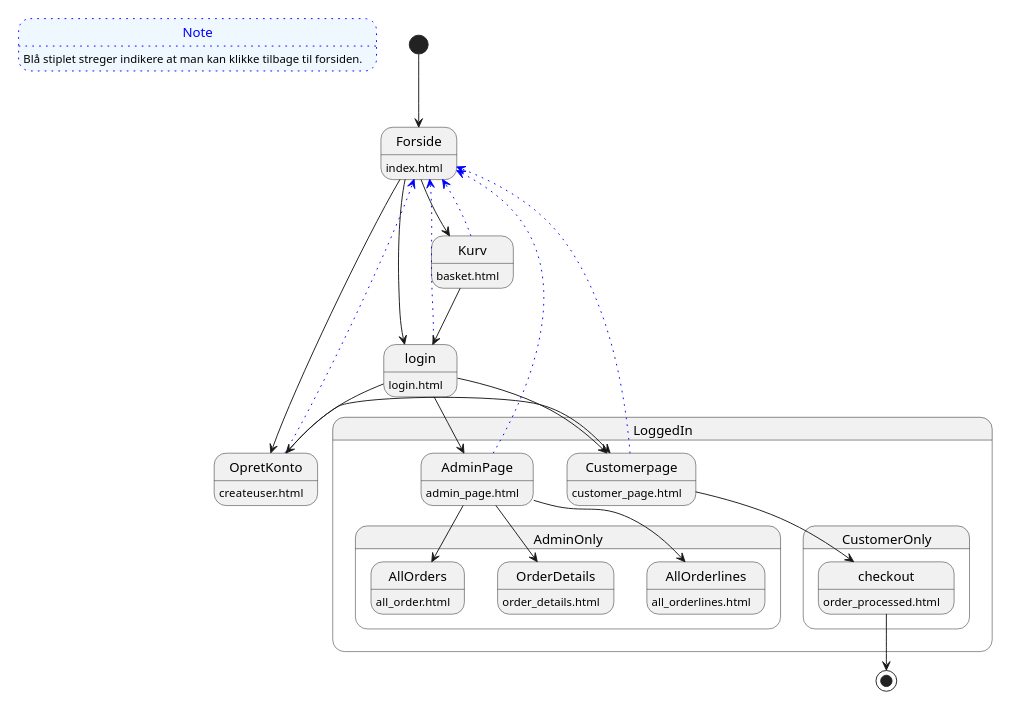
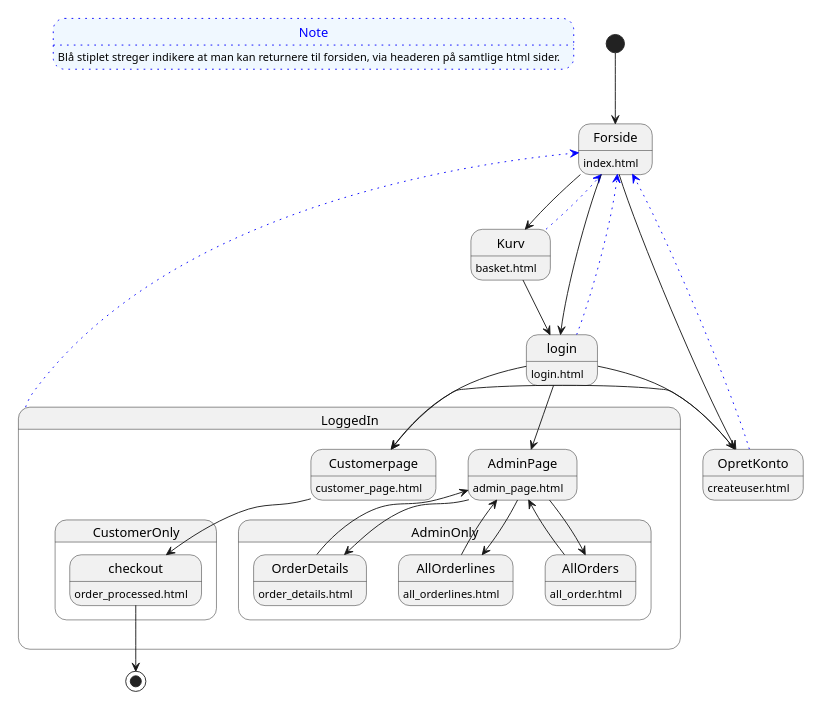
The diagram in src/main/resources/persistance/Navigation.puml (FruSchwencke/Cupcake_2024), drawn with PlantUML before and after one commit. The commit also changed 1 other file, not shown here.

```diff
--- a/src/main/resources/persistance/Navigation.puml
+++ b/src/main/resources/persistance/Navigation.puml
@@ -1,60 +1,66 @@
 @startuml
 'https://plantuml.com/state-diagram
 
 scale 400 width
 scale 400 height
 
-state Note  #aliceblue;line:blue;line.dotted;text:blue   : Blå stiplet streger indikere at man kan klikke tilbage til forsiden.
+state Note #aliceblue;line:blue;line.dotted;text:blue   : Blå stiplet streger indikere at man kan returnere til forsiden, via headeren på samtlige html sider.
 
 
 [*] --> Forside
 Forside --> Kurv
 Forside --> login
 Forside -->OpretKonto
 Kurv --> login
 Kurv -[dotted,#blue]-> Forside
 login -[dotted,#blue]->Forside
 OpretKonto -[dotted,#blue]->Forside
 
 Kurv: basket.html
 Forside: index.html
 OpretKonto : createuser.html
 login: login.html
 
 
 
 login --> OpretKonto
 
+
 state LoggedIn{
+LoggedIn -[dotted,#blue]-> Forside
 login --> AdminPage
 login --> Customerpage
 OpretKonto --> Customerpage
 
 AdminPage : admin_page.html
 Customerpage: customer_page.html
 
 
 
 state AdminOnly{
 AdminPage --> AllOrders
 AdminPage --> AllOrderlines
 AdminPage --> OrderDetails
-AdminPage -[dotted,#blue]-> Forside
+AllOrders --> AdminPage
+AllOrderlines-->AdminPage
+OrderDetails -->AdminPage
+
 
 AllOrders: all_order.html
 AllOrderlines: all_orderlines.html
 OrderDetails: order_details.html
+
+
 }
 state CustomerOnly{
 Customerpage --> checkout
-Customerpage -[dotted,#blue]-> Forside
 checkout:order_processed.html
 }
 
 }
 checkout -->[*]
 
 
 
 
 @enduml
```
